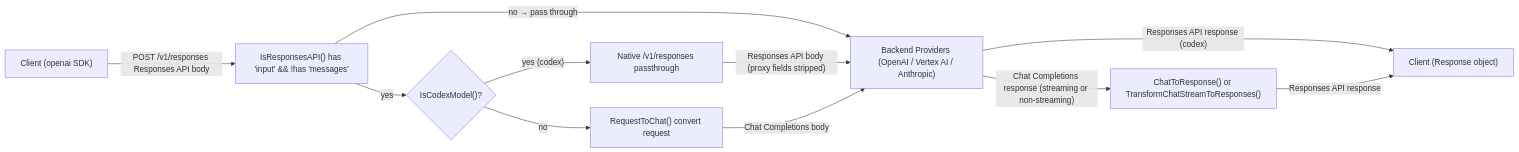
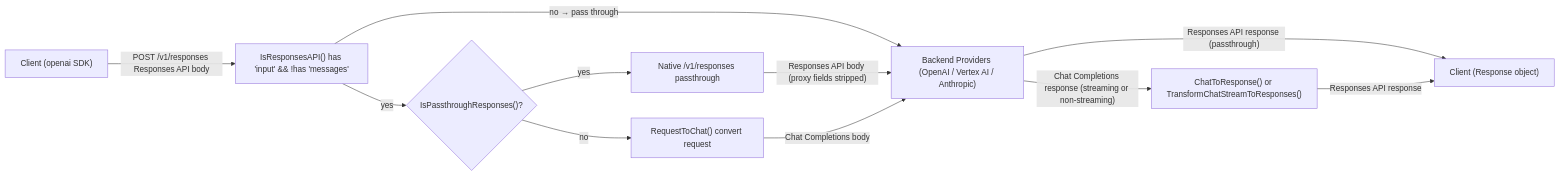
The diagram in docs/advanced/responses.md (kitbuilder587/auto_ai_router), drawn with Mermaid before and after one commit. The commit also changed other lines of this file and 14 other files, not shown here.

````diff
--- a/docs/advanced/responses.md
+++ b/docs/advanced/responses.md
@@ -20,22 +20,22 @@
 ```mermaid
 flowchart LR
     Client["Client (openai SDK)"]
     Detect["IsResponsesAPI() has 'input' && !has 'messages'"]
-    IsCodex{"IsCodexModel()?"}
+    IsPassthrough{"IsPassthroughResponses()?"}
     ConvReq["RequestToChat() convert request"]
     Providers["Backend Providers (OpenAI / Vertex AI / Anthropic)"]
     ConvResp["ChatToResponse() or TransformChatStreamToResponses()"]
     Passthrough["Native /v1/responses passthrough"]
     Client2["Client (Response object)"]
 
     Client -->|"POST /v1/responses Responses API body"| Detect
-    Detect -->|"yes"| IsCodex
+    Detect -->|"yes"| IsPassthrough
     Detect -->|"no → pass through"| Providers
-    IsCodex -->|"yes (codex)"| Passthrough
-    IsCodex -->|"no"| ConvReq
+    IsPassthrough -->|"yes"| Passthrough
+    IsPassthrough -->|"no"| ConvReq
     Passthrough -->|"Responses API body (proxy fields stripped)"| Providers
     ConvReq -->|"Chat Completions body"| Providers
     Providers -->|"Chat Completions response (streaming or non-streaming)"| ConvResp
-    Providers -->|"Responses API response (codex)"| Client2
+    Providers -->|"Responses API response (passthrough)"| Client2
     ConvResp -->|"Responses API response"| Client2
 ```
````
